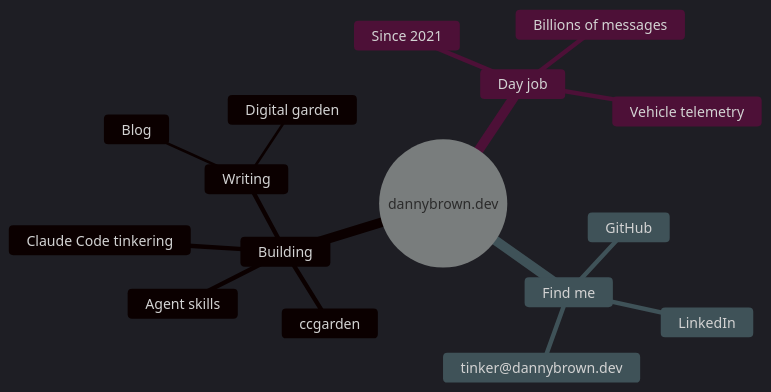
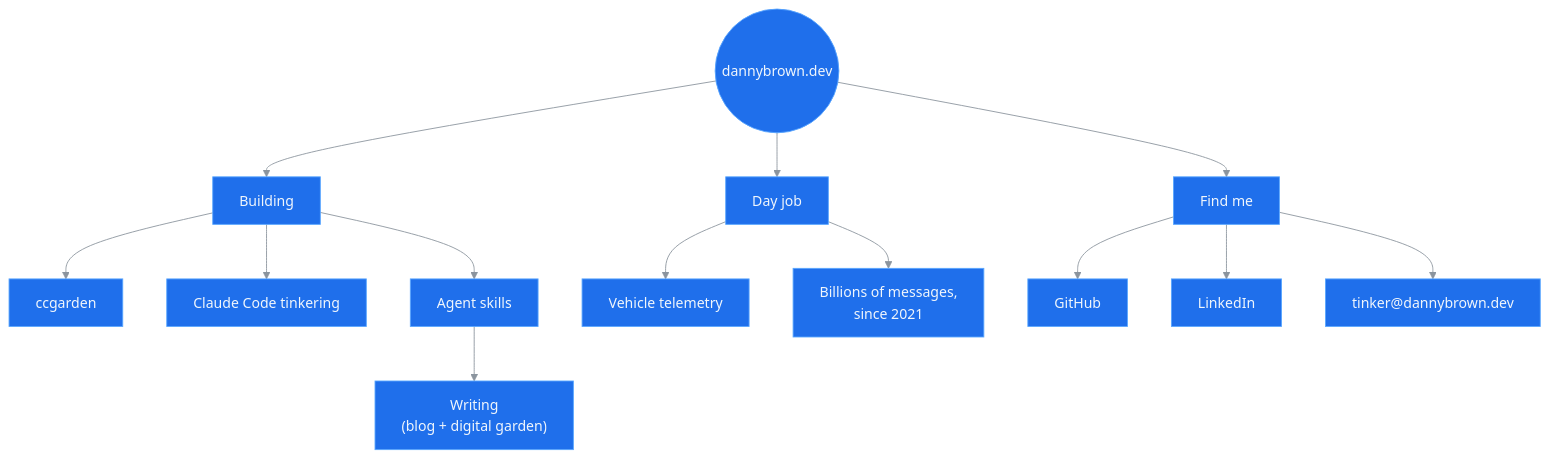
Before and after one commit to dannybrown37/dannybrown37: the diagram in README.md, drawn with Mermaid.

Commit message:
Change mindmap to flowchart in README
Updated the mindmap to a flowchart format with new theme settings.

````diff
--- a/README.md
+++ b/README.md
@@ -7,20 +7,20 @@
 ```mermaid
-%%{init: {'theme':'dark'}}%%
-mindmap
-  root((dannybrown.dev))
-    Building
-      ccgarden
-      Claude Code tinkering
-      Agent skills
-      Writing
-        Blog
-        Digital garden
-    Day job
-      Vehicle telemetry
-      Billions of messages
-      Since 2021
-    Find me
-      GitHub
-      LinkedIn
-      tinker@dannybrown.dev
+%%{init: {'theme':'base', 'themeVariables': {'primaryColor':'#1f6feb','primaryTextColor':'#f0f6fc','primaryBorderColor':'#58a6ff','lineColor':'#8b949e','textColor':'#f0f6fc','fontSize':'16px'}}}%%
+flowchart TD
+    root(("dannybrown.dev"))
+
+    root --> building["Building"]
+    building --> ccgarden["ccgarden"]
+    building --> tinkering["Claude Code tinkering"]
+    building --> skills["Agent skills"]
+    skills --> writing["Writing<br/>(blog + digital garden)"]
+
+    root --> dayjob["Day job"]
+    dayjob --> telemetry["Vehicle telemetry"]
+    dayjob --> scale["Billions of messages,<br/>since 2021"]
+
+    root --> findme["Find me"]
+    findme --> github["GitHub"]
+    findme --> linkedin["LinkedIn"]
+    findme --> email["tinker@dannybrown.dev"]
 ```
````
